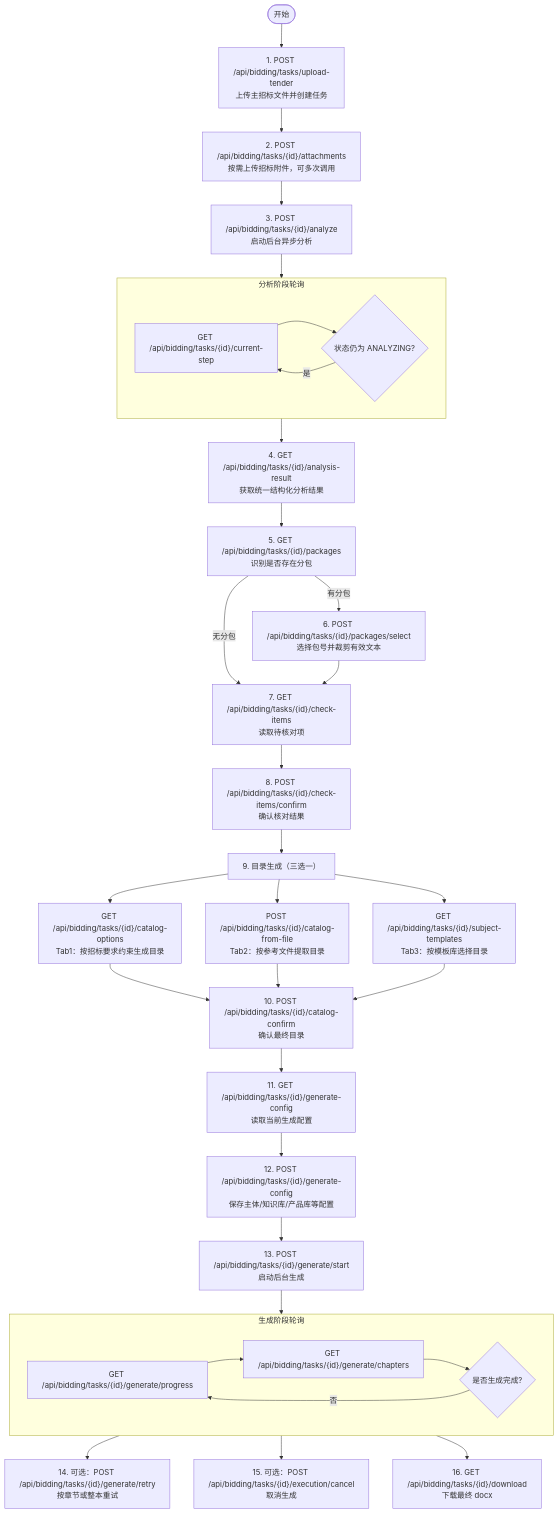
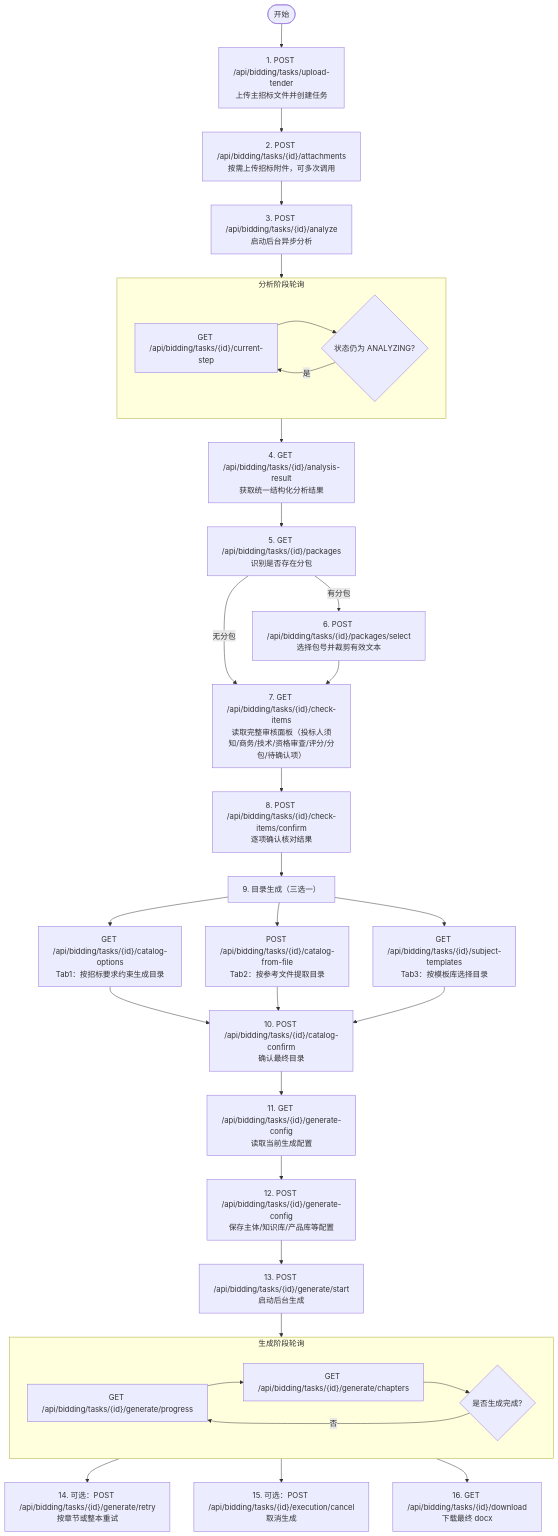
Before and after one commit to WJGouzi/erp-bidding: the diagram in 需求文档.md, drawn with Mermaid. The commit also changed other lines of this file and 108 other files, not shown here.

````diff
--- a/需求文档.md
+++ b/需求文档.md
@@ -165,44 +165,44 @@
 ```mermaid
 flowchart TD
     Start([开始]) --> Upload["1. POST /api/bidding/tasks/upload-tender<br/>上传主招标文件并创建任务"]
     Upload --> Attachment["2. POST /api/bidding/tasks/{id}/attachments<br/>按需上传招标附件，可多次调用"]
     Attachment --> Analyze["3. POST /api/bidding/tasks/{id}/analyze<br/>启动后台异步分析"]
 
     subgraph AnalysisPoll ["分析阶段轮询"]
         direction LR
         PollTask["GET /api/bidding/tasks/{id}/current-step"] --> CheckAnalyze{"状态仍为 ANALYZING?"}
         CheckAnalyze -->|是| PollTask
     end
 
     Analyze --> AnalysisPoll
     AnalysisPoll --> AnalysisResult["4. GET /api/bidding/tasks/{id}/analysis-result<br/>获取统一结构化分析结果"]
     AnalysisResult --> Packages["5. GET /api/bidding/tasks/{id}/packages<br/>识别是否存在分包"]
     Packages -->|有分包| SelectPkg["6. POST /api/bidding/tasks/{id}/packages/select<br/>选择包号并裁剪有效文本"]
     Packages -->|无分包| CheckItems
-    SelectPkg --> CheckItems["7. GET /api/bidding/tasks/{id}/check-items<br/>读取待核对项"]
-    CheckItems --> ConfirmCheck["8. POST /api/bidding/tasks/{id}/check-items/confirm<br/>确认核对结果"]
+    SelectPkg --> CheckItems["7. GET /api/bidding/tasks/{id}/check-items<br/>读取完整审核面板（投标人须知/商务/技术/资格审查/评分/分包/待确认项）"]
+    CheckItems --> ConfirmCheck["8. POST /api/bidding/tasks/{id}/check-items/confirm<br/>逐项确认核对结果"]
 
     ConfirmCheck --> CatalogTab["9. 目录生成（三选一）"]
     CatalogTab --> Tab1["GET /api/bidding/tasks/{id}/catalog-options<br/>Tab1：按招标要求约束生成目录"]
     CatalogTab --> Tab2["POST /api/bidding/tasks/{id}/catalog-from-file<br/>Tab2：按参考文件提取目录"]
     CatalogTab --> Tab3["GET /api/bidding/tasks/{id}/subject-templates<br/>Tab3：按模板库选择目录"]
     Tab1 --> ConfirmCatalog["10. POST /api/bidding/tasks/{id}/catalog-confirm<br/>确认最终目录"]
     Tab2 --> ConfirmCatalog
     Tab3 --> ConfirmCatalog
 
     ConfirmCatalog --> GetConfig["11. GET /api/bidding/tasks/{id}/generate-config<br/>读取当前生成配置"]
     GetConfig --> SaveConfig["12. POST /api/bidding/tasks/{id}/generate-config<br/>保存主体/知识库/产品库等配置"]
     SaveConfig --> StartGenerate["13. POST /api/bidding/tasks/{id}/generate/start<br/>启动后台生成"]
 
     subgraph GeneratePoll ["生成阶段轮询"]
         direction LR
         Progress["GET /api/bidding/tasks/{id}/generate/progress"] --> Chapters["GET /api/bidding/tasks/{id}/generate/chapters"]
         Chapters --> CheckDone{"是否生成完成?"}
         CheckDone -->|否| Progress
     end
 
     StartGenerate --> GeneratePoll
     GeneratePoll --> Retry["14. 可选：POST /api/bidding/tasks/{id}/generate/retry<br/>按章节或整本重试"]
     GeneratePoll --> Cancel["15. 可选：POST /api/bidding/tasks/{id}/execution/cancel<br/>取消生成"]
     GeneratePoll --> Download["16. GET /api/bidding/tasks/{id}/download<br/>下载最终 docx"]
 ```
````
